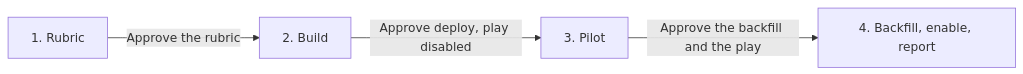
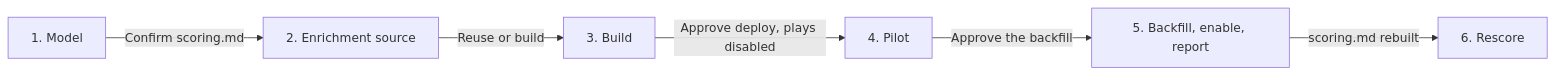
One commit to getcargohq/gtm-skills changed the diagram in account-scoring/SKILL.md. Above: the diagram before and after it, drawn with Mermaid. The commit also changed other lines of this file and 35 other files, not shown here.

First line of the commit message:
account-scoring 1.0: enrich for the fit model, then compute the grade in code

````diff
--- a/account-scoring/SKILL.md
+++ b/account-scoring/SKILL.md
@@ -75,6 +89,8 @@
 ```mermaid
 flowchart LR
-  rubric["1. Rubric"] -->|"Approve the rubric"| build["2. Build"]
-  build -->|"Approve deploy, play disabled"| pilot["3. Pilot"]
-  pilot -->|"Approve the backfill and the play"| run["4. Backfill, enable, report"]
+  model["1. Model"] -->|"Confirm scoring.md"| source["2. Enrichment source"]
+  source -->|"Reuse or build"| build["3. Build"]
+  build -->|"Approve deploy, plays disabled"| pilot["4. Pilot"]
+  pilot -->|"Approve the backfill"| run["5. Backfill, enable, report"]
+  run -->|"scoring.md rebuilt"| rescore["6. Rescore"]
 ```
````
